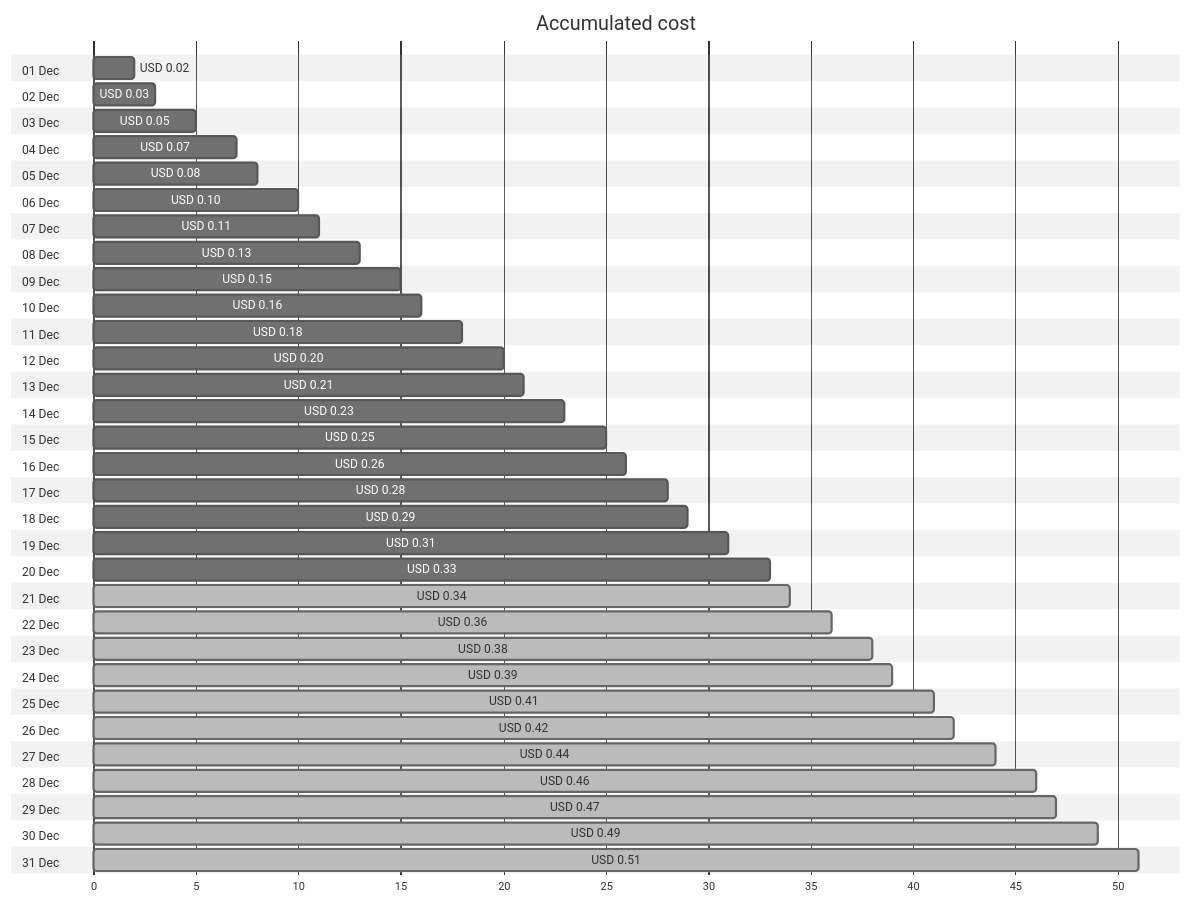
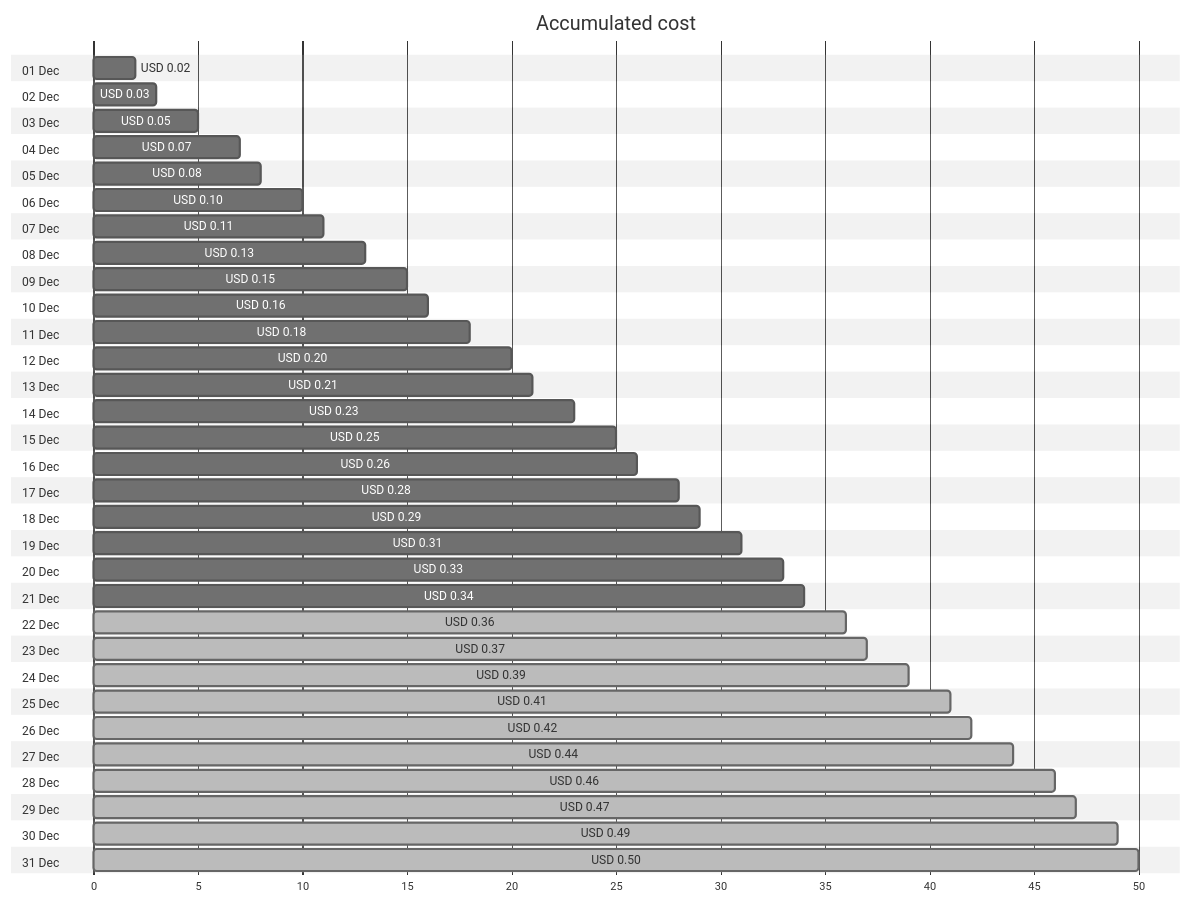
One commit to jpfulton/azure-personal-reports changed the first of 4 diagrams in cost-reports/personal-dns/jpatrickfulton.com.md. Above: the diagram before and after it, drawn with Mermaid (neutral theme). The commit also changed other lines of this file and 2 other files, not shown here.

````diff
--- a/cost-reports/personal-dns/jpatrickfulton.com.md
+++ b/cost-reports/personal-dns/jpatrickfulton.com.md
@@ -20,68 +20,68 @@
 ```mermaid
 gantt
    title Accumulated cost
    dateFormat  X
    axisFormat %s
    section 01 Dec
    USD 0.02 :0, 2
    section 02 Dec
    USD 0.03 :0, 3
    section 03 Dec
    USD 0.05 :0, 5
    section 04 Dec
    USD 0.07 :0, 7
    section 05 Dec
    USD 0.08 :0, 8
    section 06 Dec
    USD 0.10 :0, 10
    section 07 Dec
    USD 0.11 :0, 11
    section 08 Dec
    USD 0.13 :0, 13
    section 09 Dec
    USD 0.15 :0, 15
    section 10 Dec
    USD 0.16 :0, 16
    section 11 Dec
    USD 0.18 :0, 18
    section 12 Dec
    USD 0.20 :0, 20
    section 13 Dec
    USD 0.21 :0, 21
    section 14 Dec
    USD 0.23 :0, 23
    section 15 Dec
    USD 0.25 :0, 25
    section 16 Dec
    USD 0.26 :0, 26
    section 17 Dec
    USD 0.28 :0, 28
    section 18 Dec
    USD 0.29 :0, 29
    section 19 Dec
    USD 0.31 :0, 31
    section 20 Dec
    USD 0.33 :0, 33
    section 21 Dec
-   USD 0.34 : done, 0, 34
+   USD 0.34 :0, 34
    section 22 Dec
    USD 0.36 : done, 0, 36
    section 23 Dec
-   USD 0.38 : done, 0, 38
+   USD 0.37 : done, 0, 37
    section 24 Dec
    USD 0.39 : done, 0, 39
    section 25 Dec
    USD 0.41 : done, 0, 41
    section 26 Dec
    USD 0.42 : done, 0, 42
    section 27 Dec
    USD 0.44 : done, 0, 44
    section 28 Dec
    USD 0.46 : done, 0, 46
    section 29 Dec
    USD 0.47 : done, 0, 47
    section 30 Dec
    USD 0.49 : done, 0, 49
    section 31 Dec
-   USD 0.51 : done, 0, 51
+   USD 0.50 : done, 0, 50
 ```
````
